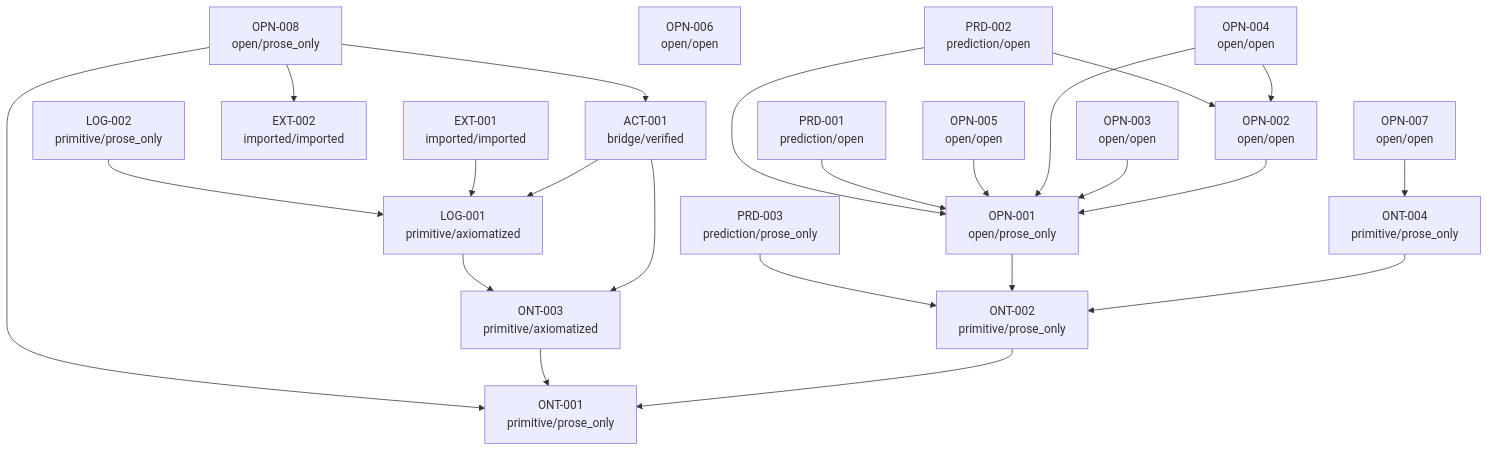
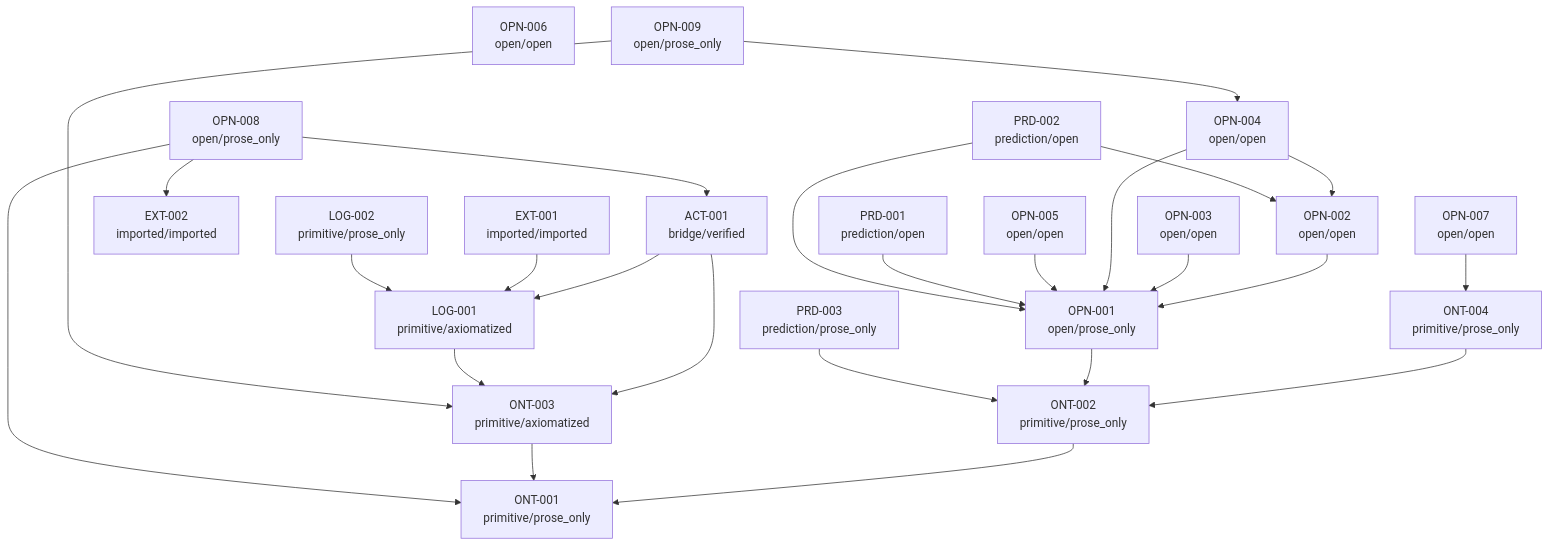
The diagram in traceability/generated/dependency-graph.mmd (jdlongmire/triadic-reality-theory), drawn with Mermaid before and after one commit. The commit also changed 14 other files, not shown here.

```diff
--- a/traceability/generated/dependency-graph.mmd
+++ b/traceability/generated/dependency-graph.mmd
@@ -1,43 +1,46 @@
 graph TD
   ACT-001["ACT-001<br/>bridge/verified"]
   EXT-001["EXT-001<br/>imported/imported"]
   EXT-002["EXT-002<br/>imported/imported"]
   LOG-001["LOG-001<br/>primitive/axiomatized"]
   LOG-002["LOG-002<br/>primitive/prose_only"]
   ONT-001["ONT-001<br/>primitive/prose_only"]
   ONT-002["ONT-002<br/>primitive/prose_only"]
   ONT-003["ONT-003<br/>primitive/axiomatized"]
   ONT-004["ONT-004<br/>primitive/prose_only"]
   OPN-001["OPN-001<br/>open/prose_only"]
   OPN-002["OPN-002<br/>open/open"]
   OPN-003["OPN-003<br/>open/open"]
   OPN-004["OPN-004<br/>open/open"]
   OPN-005["OPN-005<br/>open/open"]
   OPN-006["OPN-006<br/>open/open"]
   OPN-007["OPN-007<br/>open/open"]
   OPN-008["OPN-008<br/>open/prose_only"]
+  OPN-009["OPN-009<br/>open/prose_only"]
   PRD-001["PRD-001<br/>prediction/open"]
   PRD-002["PRD-002<br/>prediction/open"]
   PRD-003["PRD-003<br/>prediction/prose_only"]
   ACT-001 --> ONT-003
   ACT-001 --> LOG-001
   EXT-001 --> LOG-001
   LOG-001 --> ONT-003
   LOG-002 --> LOG-001
   ONT-002 --> ONT-001
   ONT-003 --> ONT-001
   ONT-004 --> ONT-002
   OPN-001 --> ONT-002
   OPN-002 --> OPN-001
   OPN-003 --> OPN-001
   OPN-004 --> OPN-002
   OPN-004 --> OPN-001
   OPN-005 --> OPN-001
   OPN-007 --> ONT-004
   OPN-008 --> ONT-001
   OPN-008 --> ACT-001
   OPN-008 --> EXT-002
+  OPN-009 --> ONT-003
+  OPN-009 --> OPN-004
   PRD-001 --> OPN-001
   PRD-002 --> OPN-001
   PRD-002 --> OPN-002
   PRD-003 --> ONT-002
```
